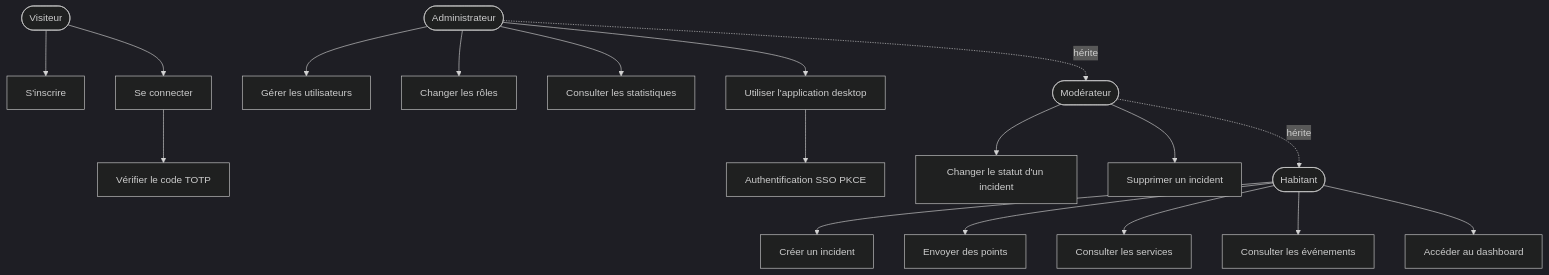
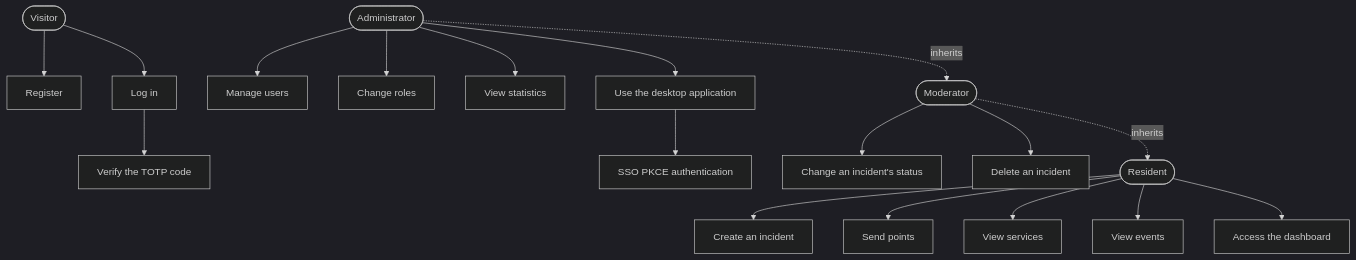
The first of 23 diagrams in docs/RAPPORT-ETAPE2.md (creibaud/QuartierConnect), drawn with Mermaid (dark theme) before and after one commit. The commit also changed other lines of this file and 155 other files, not shown here.

````diff
--- a/docs/RAPPORT-ETAPE2.md
+++ b/docs/RAPPORT-ETAPE2.md
@@ -90,30 +90,30 @@
 ```mermaid
 graph TD
-    Visiteur([Visiteur])
-    Habitant([Habitant])
-    Moderateur([Modérateur])
-    Admin([Administrateur])
+    Visiteur([Visitor])
+    Habitant([Resident])
+    Moderateur([Moderator])
+    Admin([Administrator])
 
-    Visiteur --> UC_REG[S'inscrire]
-    Visiteur --> UC_LOG[Se connecter]
+    Visiteur --> UC_REG[Register]
+    Visiteur --> UC_LOG[Log in]
 
-    Habitant --> UC_INC[Créer un incident]
-    Habitant --> UC_PTS[Envoyer des points]
-    Habitant --> UC_SVC[Consulter les services]
-    Habitant --> UC_EVT[Consulter les événements]
-    Habitant --> UC_DASH[Accéder au dashboard]
+    Habitant --> UC_INC[Create an incident]
+    Habitant --> UC_PTS[Send points]
+    Habitant --> UC_SVC[View services]
+    Habitant --> UC_EVT[View events]
+    Habitant --> UC_DASH[Access the dashboard]
 
-    Moderateur --> UC_STATUS[Changer le statut d'un incident]
-    Moderateur --> UC_DEL[Supprimer un incident]
+    Moderateur --> UC_STATUS[Change an incident's status]
+    Moderateur --> UC_DEL[Delete an incident]
 
-    Admin --> UC_USERS[Gérer les utilisateurs]
-    Admin --> UC_ROLES[Changer les rôles]
-    Admin --> UC_STATS[Consulter les statistiques]
-    Admin --> UC_JAVA[Utiliser l'application desktop]
+    Admin --> UC_USERS[Manage users]
+    Admin --> UC_ROLES[Change roles]
+    Admin --> UC_STATS[View statistics]
+    Admin --> UC_JAVA[Use the desktop application]
 
-    UC_LOG --> UC_TOTP[Vérifier le code TOTP]
-    UC_JAVA --> UC_SSO[Authentification SSO PKCE]
+    UC_LOG --> UC_TOTP[Verify the TOTP code]
+    UC_JAVA --> UC_SSO[SSO PKCE authentication]
 
-    Moderateur -.->|hérite| Habitant
-    Admin -.->|hérite| Moderateur
+    Moderateur -.->|inherits| Habitant
+    Admin -.->|inherits| Moderateur
 ```
````
